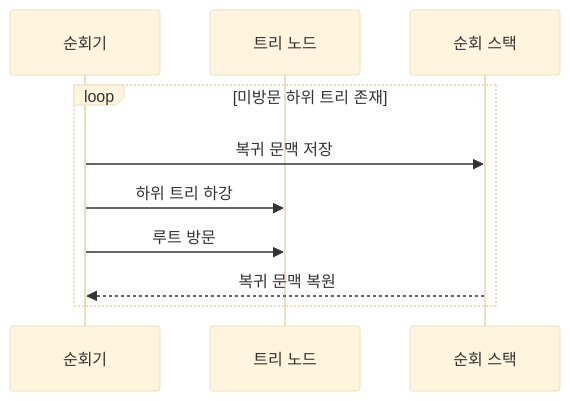
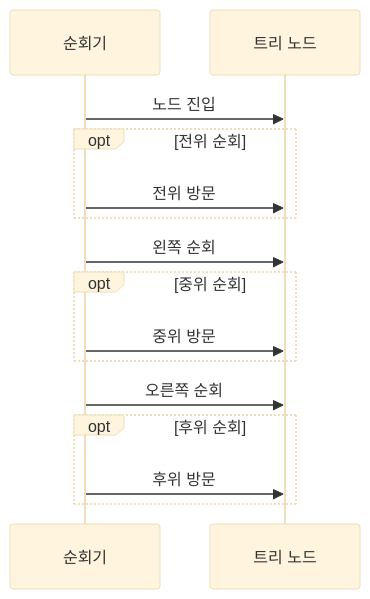
The second of 2 diagrams in src/content/docs/notes/01-basic-theory/009_binary_tree_traversal.md (agnusdei1207/knowledge-base), drawn with Mermaid (base theme) before and after one commit. The commit also changed other lines of this file and 7 other files, not shown here.

````diff
--- a/src/content/docs/notes/01-basic-theory/009_binary_tree_traversal.md
+++ b/src/content/docs/notes/01-basic-theory/009_binary_tree_traversal.md
@@ -86,12 +88,17 @@
 ```mermaid
 sequenceDiagram
     participant V as 순회기
     participant N as 트리 노드
-    participant S as 순회 스택
-    loop 미방문 하위 트리 존재
-        V->>S: 복귀 문맥 저장
-        V->>N: 하위 트리 하강
-        V->>N: 루트 방문
-        S-->>V: 복귀 문맥 복원
+    V->>N: 노드 진입
+    opt 전위 순회
+        V->>N: 전위 방문
+    end
+    V->>N: 왼쪽 순회
+    opt 중위 순회
+        V->>N: 중위 방문
+    end
+    V->>N: 오른쪽 순회
+    opt 후위 순회
+        V->>N: 후위 방문
     end
 ```
````
